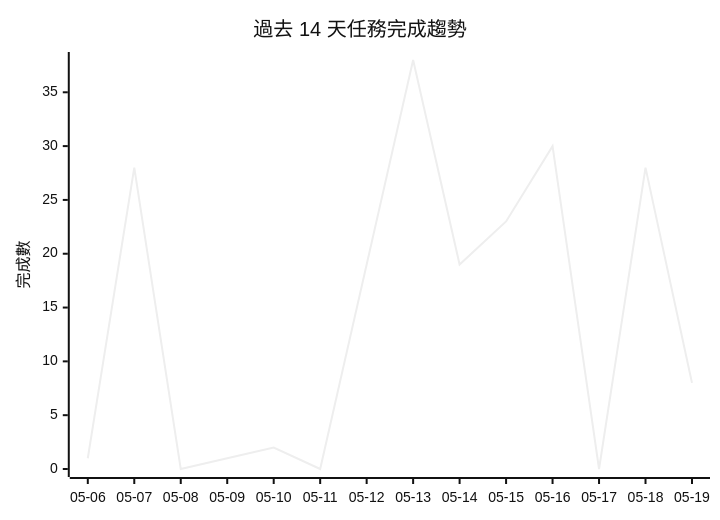
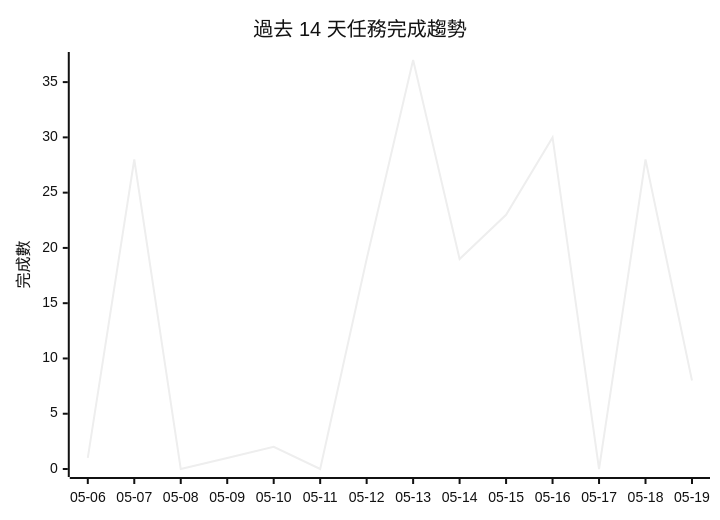
The diagram in README.md (openclawchen8-lgtm/openclawchen8-lgtm), drawn with Mermaid (neutral theme) before and after one commit. The commit also changed other lines of this file, not shown here.

````diff
--- a/README.md
+++ b/README.md
@@ -179,7 +181,7 @@
 ```mermaid
 xychart-beta
     title "過去 14 天任務完成趨勢"
     x-axis ["05-06", "05-07", "05-08", "05-09", "05-10", "05-11", "05-12", "05-13", "05-14", "05-15", "05-16", "05-17", "05-18", "05-19"]
-    y-axis "完成數" 0 --> 38
-    line [1, 28, 0, 1, 2, 0, 19, 38, 19, 23, 30, 0, 28, 8]
+    y-axis "完成數" 0 --> 37
+    line [1, 28, 0, 1, 2, 0, 19, 37, 19, 23, 30, 0, 28, 8]
 ```
````
